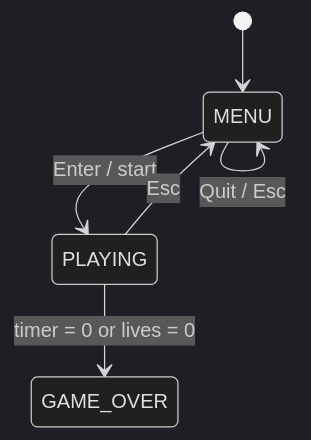
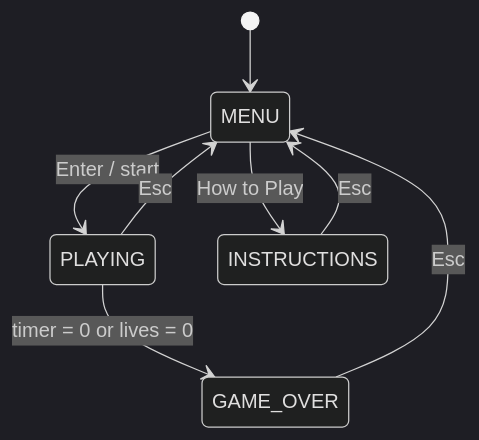
The third of 4 diagrams in README.md (PSLSbb/gamegame), drawn with Mermaid (dark theme) before and after one commit. The commit also changed other lines of this file, not shown here.

````diff
--- a/README.md
+++ b/README.md
@@ -217,8 +221,10 @@
 ```mermaid
 stateDiagram-v2
     [*] --> MENU
     MENU --> PLAYING : Enter / start
-    MENU --> MENU : Quit / Esc
+    MENU --> INSTRUCTIONS : How to Play
+    INSTRUCTIONS --> MENU : Esc
     PLAYING --> GAME_OVER : timer = 0 or lives = 0
     PLAYING --> MENU : Esc
+    GAME_OVER --> MENU : Esc
 ```
````
